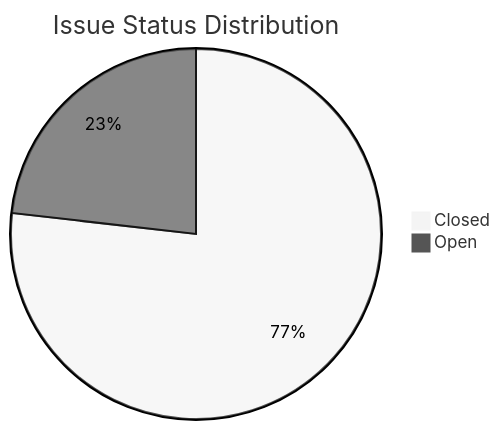
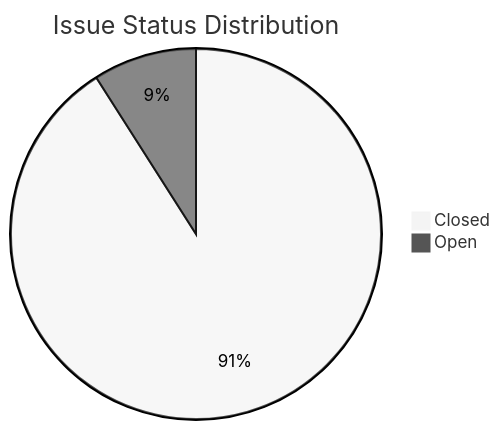
Before and after one commit to martymcenroe/AssemblyZero: the third of 3 diagrams in wiki/Metrics.md, drawn with Mermaid (neutral theme). The commit also changed other lines of this file and 13 other files, not shown here.

````diff
--- a/wiki/Metrics.md
+++ b/wiki/Metrics.md
@@ -81,5 +85,5 @@
 ```mermaid
 pie title Issue Status Distribution
-    "Closed" : 159
-    "Open" : 48
+    "Closed" : 282
+    "Open" : 28
 ```
````
